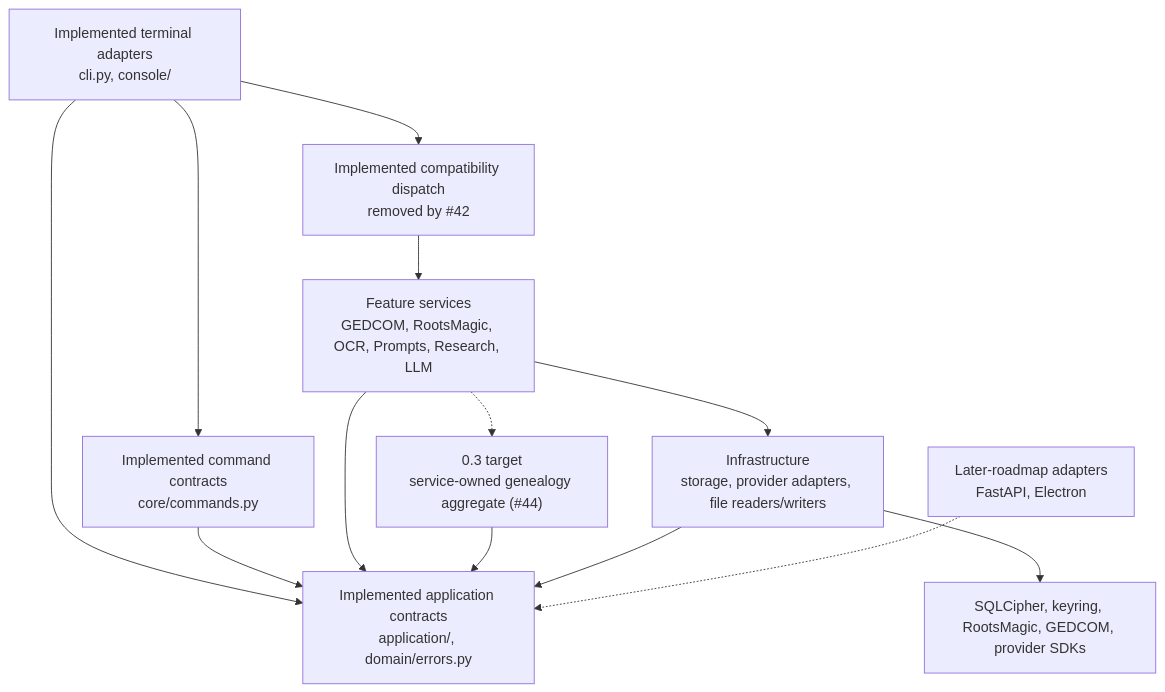
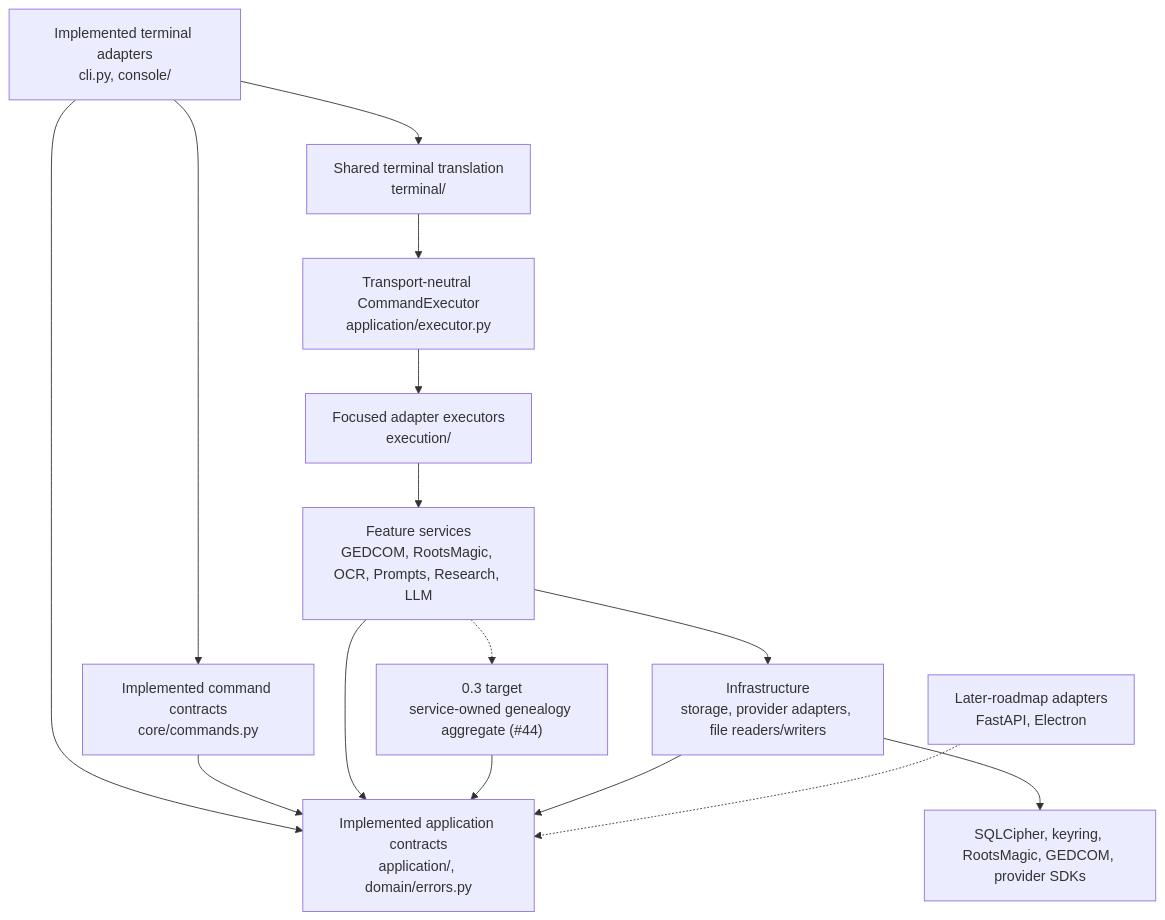
One commit to sodejm/AncestryLLM changed the second of 3 diagrams in ARCHITECTURE.md. Above: the diagram before and after it, drawn with Mermaid. The commit also changed other lines of this file and 31 other files, not shown here.

Commit message:
feat: share command execution across terminal adapters

````diff
--- a/ARCHITECTURE.md
+++ b/ARCHITECTURE.md
@@ -143,25 +154,29 @@
 ```mermaid
 flowchart TB
     Adapters["Implemented terminal adapters\ncli.py, console/"]
-    Compat["Implemented compatibility dispatch\nremoved by #42"]
+    Terminal["Shared terminal translation\nterminal/"]
     Specs["Implemented command contracts\ncore/commands.py"]
     Contracts["Implemented application contracts\napplication/, domain/errors.py"]
+    Executor["Transport-neutral CommandExecutor\napplication/executor.py"]
+    Handlers["Focused adapter executors\nexecution/"]
     App["Feature services\nGEDCOM, RootsMagic, OCR, Prompts, Research, LLM"]
     Aggregate["0.3 target\nservice-owned genealogy aggregate (#44)"]
     Infra["Infrastructure\nstorage, provider adapters, file readers/writers"]
     External["SQLCipher, keyring, RootsMagic, GEDCOM, provider SDKs"]
     Future["Later-roadmap adapters\nFastAPI, Electron"]
 
     Adapters --> Specs
     Adapters --> Contracts
-    Adapters --> Compat
-    Compat --> App
+    Adapters --> Terminal
+    Terminal --> Executor
+    Executor --> Handlers
+    Handlers --> App
     Specs --> Contracts
     App --> Contracts
     App --> Infra
     App -.-> Aggregate
     Aggregate --> Contracts
     Infra --> Contracts
     Infra --> External
     Future -.-> Contracts
 ```
````
